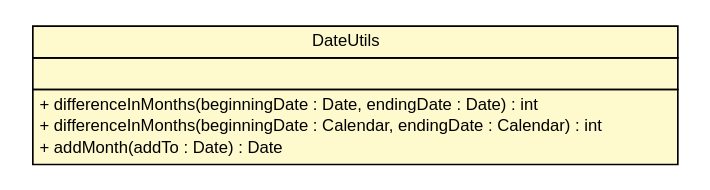
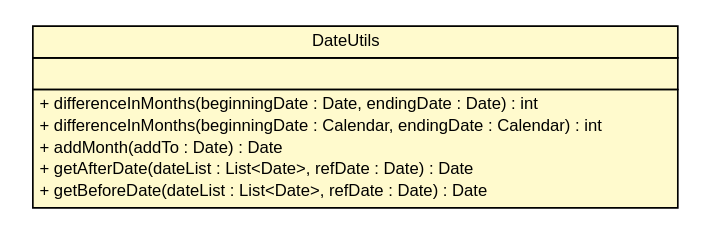
One commit to B3Partners/flamingo-ibis changed the diagram in ibis-viewer/apidocs/nl/b3p/viewer/ibis/util/DateUtils.dot. Above: the diagram before and after it, drawn with Graphviz. The commit also changed 231 other files, not shown here.

```diff
--- a/ibis-viewer/apidocs/nl/b3p/viewer/ibis/util/DateUtils.dot
+++ b/ibis-viewer/apidocs/nl/b3p/viewer/ibis/util/DateUtils.dot
@@ -1,26 +1,28 @@
 #!/usr/local/bin/dot
 #
 # Class diagram 
 # Generated by UMLGraph version R5_6-24-gf6e263 (http://www.umlgraph.org/)
 #
 
 digraph G {
 	edge [fontname="Helvetica",fontsize=10,labelfontname="Helvetica",labelfontsize=10];
 	node [fontname="Helvetica",fontsize=10,shape=plaintext];
 	nodesep=0.25;
 	ranksep=0.5;
 	// nl.b3p.viewer.ibis.util.DateUtils
-	c89 [label=<<table title="nl.b3p.viewer.ibis.util.DateUtils" border="0" cellborder="1" cellspacing="0" cellpadding="2" port="p" bgcolor="lemonChiffon" href="./DateUtils.html">
+	c95 [label=<<table title="nl.b3p.viewer.ibis.util.DateUtils" border="0" cellborder="1" cellspacing="0" cellpadding="2" port="p" bgcolor="lemonChiffon" href="./DateUtils.html">
 		<tr><td><table border="0" cellspacing="0" cellpadding="1">
 <tr><td align="center" balign="center"> DateUtils </td></tr>
 		</table></td></tr>
 		<tr><td><table border="0" cellspacing="0" cellpadding="1">
 <tr><td align="left" balign="left">  </td></tr>
 		</table></td></tr>
 		<tr><td><table border="0" cellspacing="0" cellpadding="1">
 <tr><td align="left" balign="left"> + differenceInMonths(beginningDate : Date, endingDate : Date) : int </td></tr>
 <tr><td align="left" balign="left"> + differenceInMonths(beginningDate : Calendar, endingDate : Calendar) : int </td></tr>
 <tr><td align="left" balign="left"> + addMonth(addTo : Date) : Date </td></tr>
+<tr><td align="left" balign="left"> + getAfterDate(dateList : List&lt;Date&gt;, refDate : Date) : Date </td></tr>
+<tr><td align="left" balign="left"> + getBeforeDate(dateList : List&lt;Date&gt;, refDate : Date) : Date </td></tr>
 		</table></td></tr>
 		</table>>, URL="./DateUtils.html", fontname="Helvetica", fontcolor="black", fontsize=10.0];
 }
```
